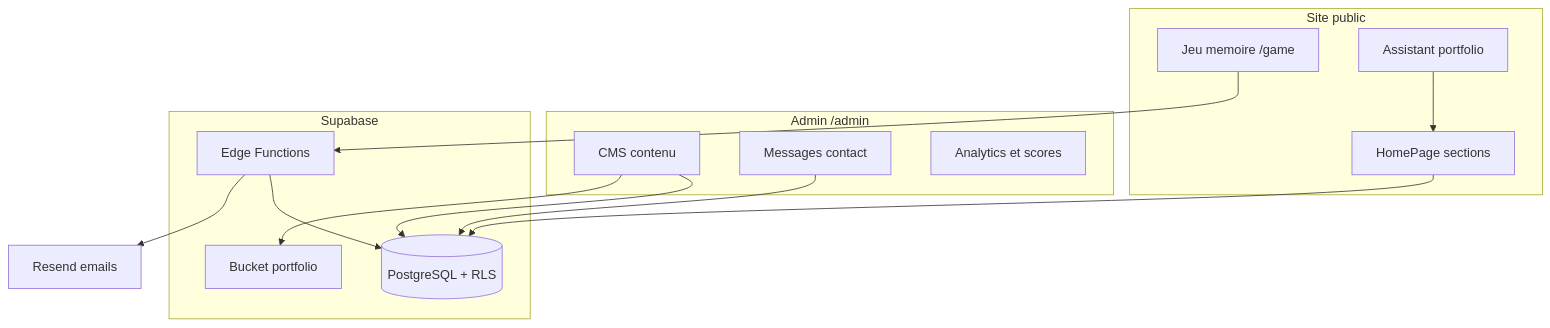
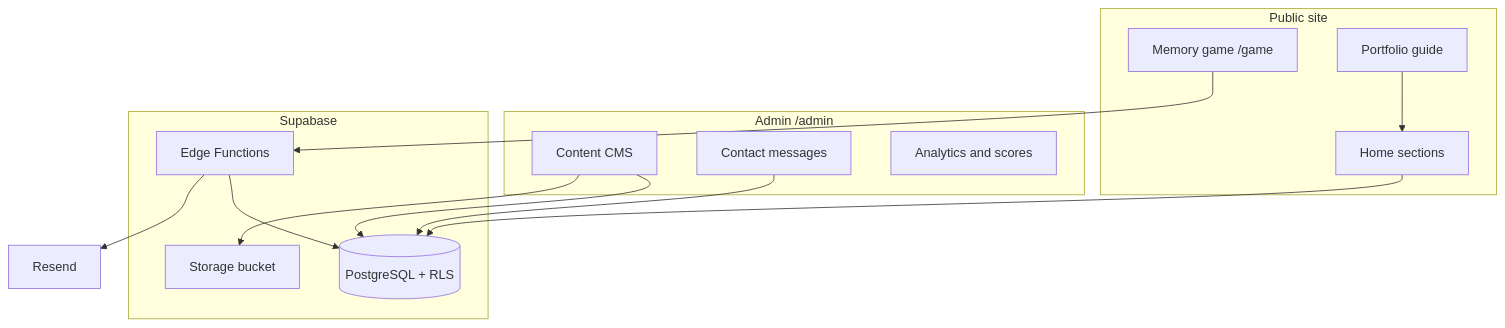
The diagram in README.md (suufiaane13/my-portfolio), drawn with Mermaid before and after one commit. The commit also changed other lines of this file and 63 other files, not shown here.

````diff
--- a/README.md
+++ b/README.md
@@ -13,29 +20,29 @@
 ```mermaid
 flowchart TB
-  subgraph public [Site public]
-    Home[HomePage sections]
-    Game[Jeu memoire /game]
-    Chat[Assistant portfolio]
+  subgraph public [Public site]
+    Home[Home sections]
+    Game[Memory game /game]
+    Guide[Portfolio guide]
   end
 
   subgraph admin [Admin /admin]
-    CMS[CMS contenu]
-    Inbox[Messages contact]
-    Stats[Analytics et scores]
+    CMS[Content CMS]
+    Inbox[Contact messages]
+    Ops[Analytics and scores]
   end
 
   subgraph supabase [Supabase]
     DB[(PostgreSQL + RLS)]
-    Storage[Bucket portfolio]
+    Storage[Storage bucket]
     Edge[Edge Functions]
   end
 
   Home --> DB
   Game --> Edge
-  Chat --> Home
+  Guide --> Home
   CMS --> DB
   CMS --> Storage
   Inbox --> DB
   Edge --> DB
-  Edge --> Resend[Resend emails]
+  Edge --> Resend[Resend]
 ```
````
